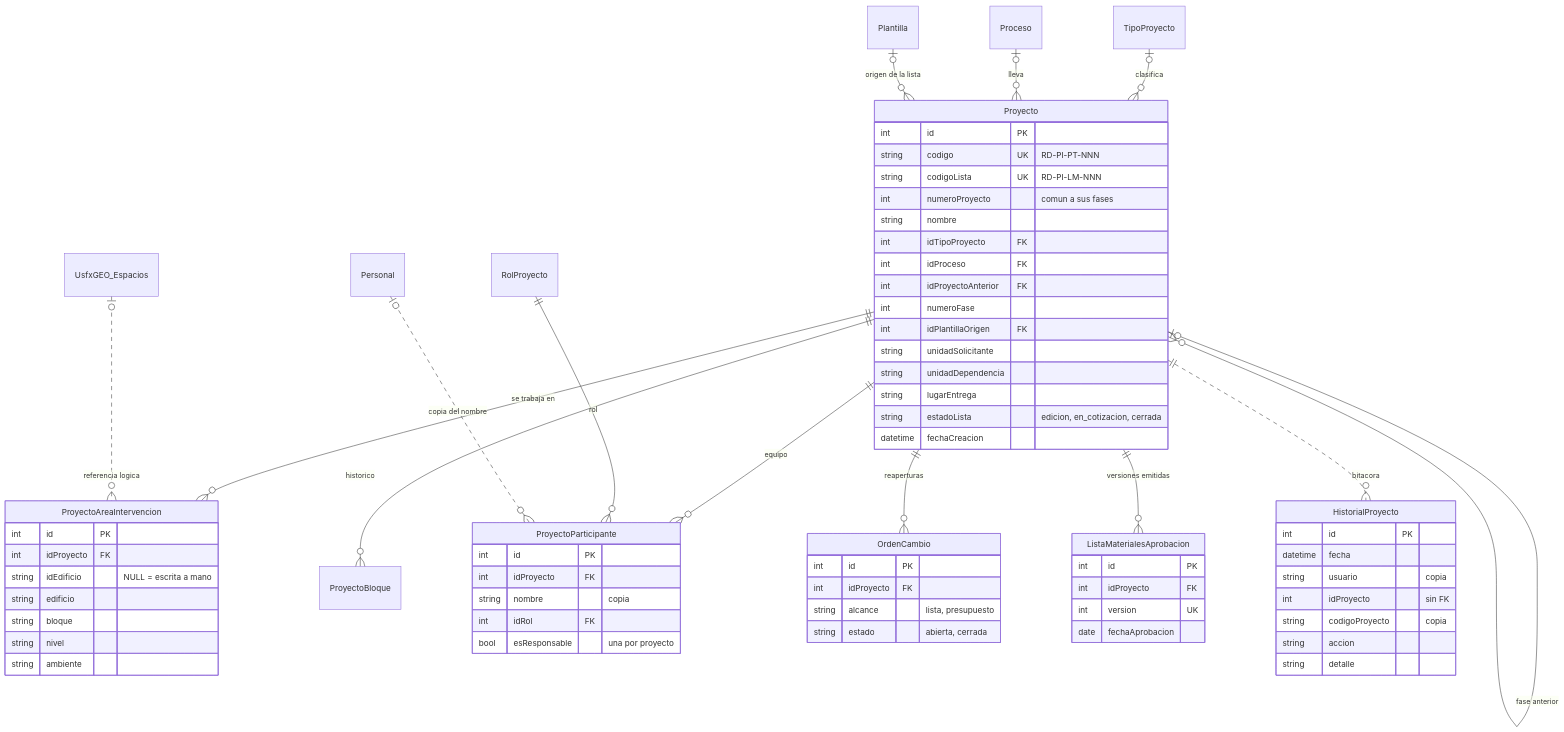
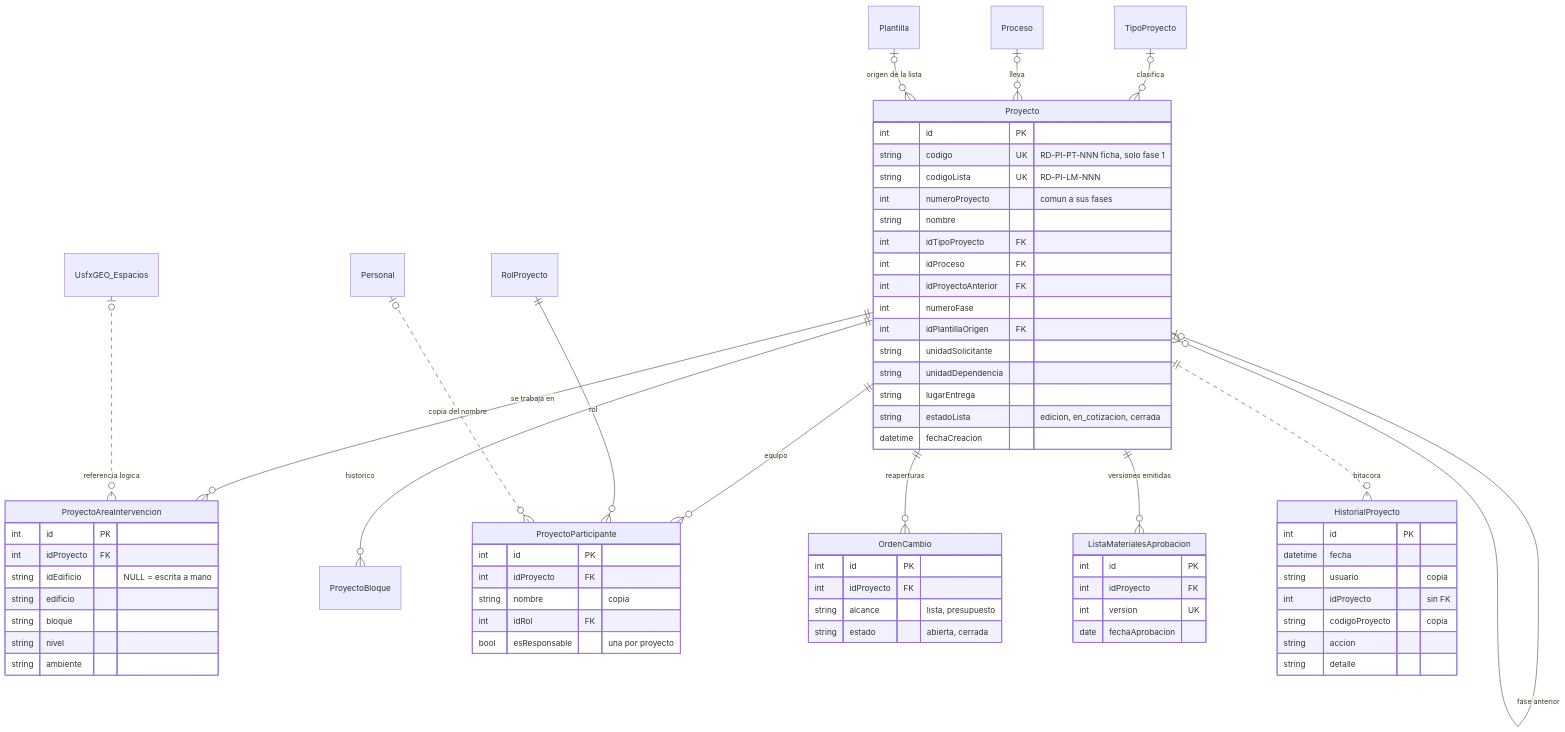
Before and after one commit to wilDC123/presupuestosRedes: the first of 5 diagrams in docs/modelo-logico-datos.md, drawn with Mermaid. The commit also changed 14 other files, not shown here.

First line of the commit message:
Revisión 05-11, parte 5d: una sola ficha técnica por proyecto, con un bloque por fase

````diff
--- a/docs/modelo-logico-datos.md
+++ b/docs/modelo-logico-datos.md
@@ -50,71 +50,71 @@
 ```mermaid
 erDiagram
     TipoProyecto |o--o{ Proyecto : "clasifica"
     Proceso |o--o{ Proyecto : "lleva"
     Proyecto |o--o{ Proyecto : "fase anterior"
     Plantilla |o--o{ Proyecto : "origen de la lista"
     Proyecto ||--o{ ProyectoAreaIntervencion : "se trabaja en"
     Proyecto ||--o{ ProyectoBloque : "historico"
     Proyecto ||--o{ ProyectoParticipante : "equipo"
     RolProyecto ||--o{ ProyectoParticipante : "rol"
     Personal |o..o{ ProyectoParticipante : "copia del nombre"
     Proyecto ||--o{ OrdenCambio : "reaperturas"
     Proyecto ||--o{ ListaMaterialesAprobacion : "versiones emitidas"
     Proyecto ||..o{ HistorialProyecto : "bitacora"
     UsfxGEO_Espacios |o..o{ ProyectoAreaIntervencion : "referencia logica"
 
     Proyecto {
         int id PK
-        string codigo UK "RD-PI-PT-NNN"
+        string codigo UK "RD-PI-PT-NNN ficha, solo fase 1"
         string codigoLista UK "RD-PI-LM-NNN"
         int numeroProyecto "comun a sus fases"
         string nombre
         int idTipoProyecto FK
         int idProceso FK
         int idProyectoAnterior FK
         int numeroFase
         int idPlantillaOrigen FK
         string unidadSolicitante
         string unidadDependencia
         string lugarEntrega
         string estadoLista "edicion, en_cotizacion, cerrada"
         datetime fechaCreacion
     }
     ProyectoAreaIntervencion {
         int id PK
         int idProyecto FK
         string idEdificio "NULL = escrita a mano"
         string edificio
         string bloque
         string nivel
         string ambiente
     }
     ProyectoParticipante {
         int id PK
         int idProyecto FK
         string nombre "copia"
         int idRol FK
         bool esResponsable "una por proyecto"
     }
     HistorialProyecto {
         int id PK
         datetime fecha
         string usuario "copia"
         int idProyecto "sin FK"
         string codigoProyecto "copia"
         string accion
         string detalle
     }
     ListaMaterialesAprobacion {
         int id PK
         int idProyecto FK
         int version UK
         date fechaAprobacion
     }
     OrdenCambio {
         int id PK
         int idProyecto FK
         string alcance "lista, presupuesto"
         string estado "abierta, cerrada"
     }
 ```
````
